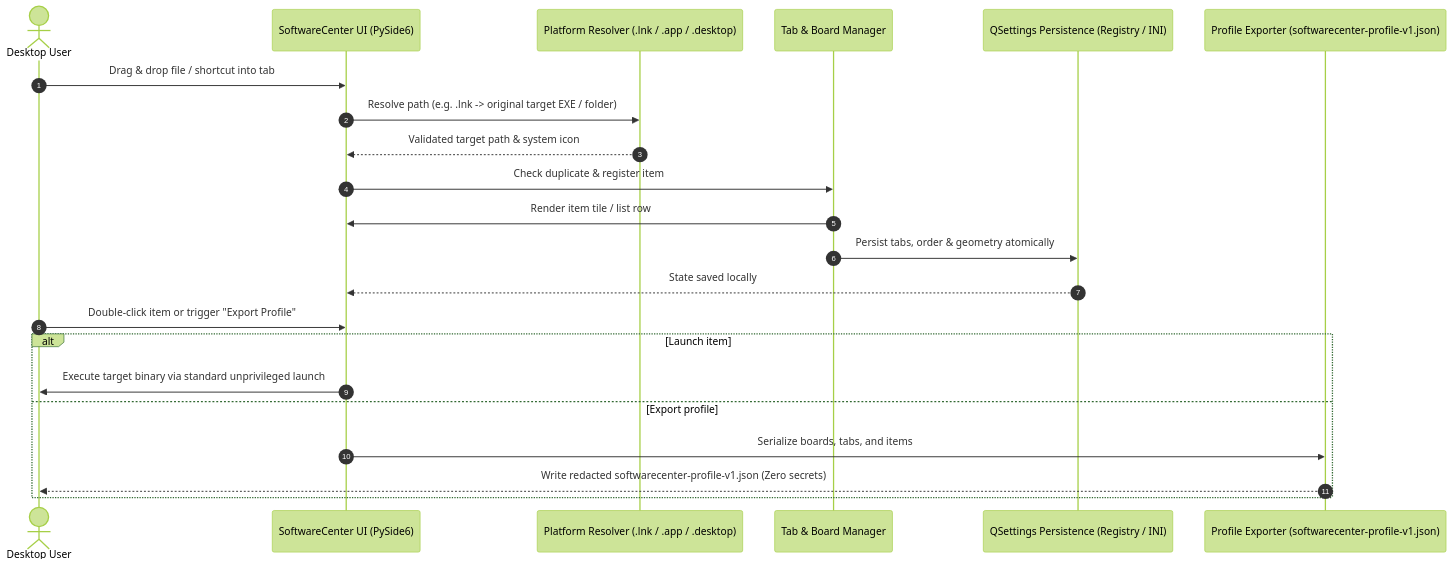
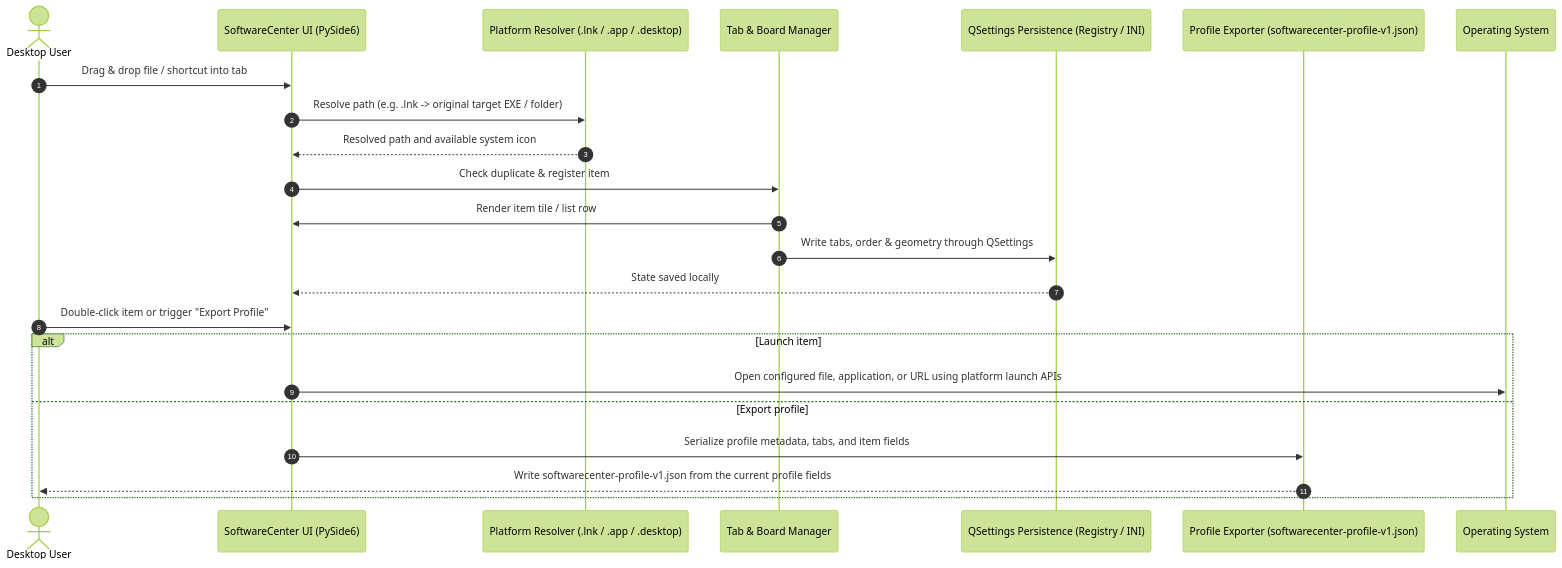
The second of 2 diagrams in README.md (file-bricks/SoftwareCenter), drawn with Mermaid (forest theme) before and after one commit. The commit also changed other lines of this file and 6 other files, not shown here.

````diff
--- a/README.md
+++ b/README.md
@@ -139,25 +140,26 @@
 ```mermaid
 sequenceDiagram
     autonumber
     actor User as Desktop User
     participant SC as SoftwareCenter UI (PySide6)
     participant Res as Platform Resolver (.lnk / .app / .desktop)
     participant Tab as Tab & Board Manager
     participant Set as QSettings Persistence (Registry / INI)
     participant Exp as Profile Exporter (softwarecenter-profile-v1.json)
+    participant OS as Operating System
 
     User->>SC: Drag & drop file / shortcut into tab
     SC->>Res: Resolve path (e.g. .lnk -> original target EXE / folder)
-    Res-->>SC: Validated target path & system icon
+    Res-->>SC: Resolved path and available system icon
     SC->>Tab: Check duplicate & register item
     Tab->>SC: Render item tile / list row
-    Tab->>Set: Persist tabs, order & geometry atomically
+    Tab->>Set: Write tabs, order & geometry through QSettings
     Set-->>SC: State saved locally
     User->>SC: Double-click item or trigger "Export Profile"
     alt Launch item
-        SC->>User: Execute target binary via standard unprivileged launch
+        SC->>OS: Open configured file, application, or URL using platform launch APIs
     else Export profile
-        SC->>Exp: Serialize boards, tabs, and items
-        Exp-->>User: Write redacted softwarecenter-profile-v1.json (Zero secrets)
+        SC->>Exp: Serialize profile metadata, tabs, and item fields
+        Exp-->>User: Write softwarecenter-profile-v1.json from the current profile fields
     end
 ```
````
